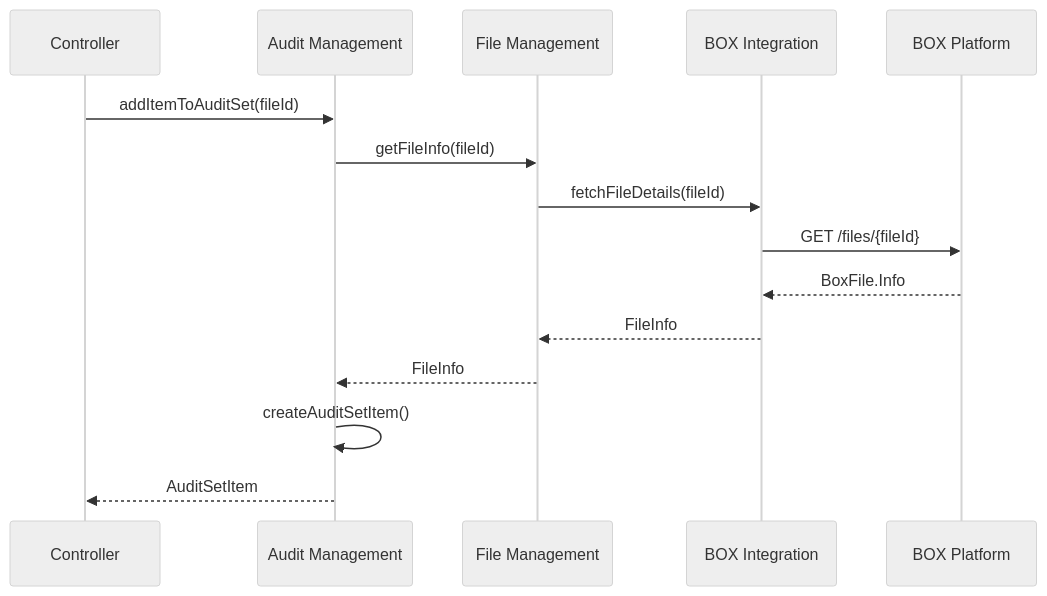
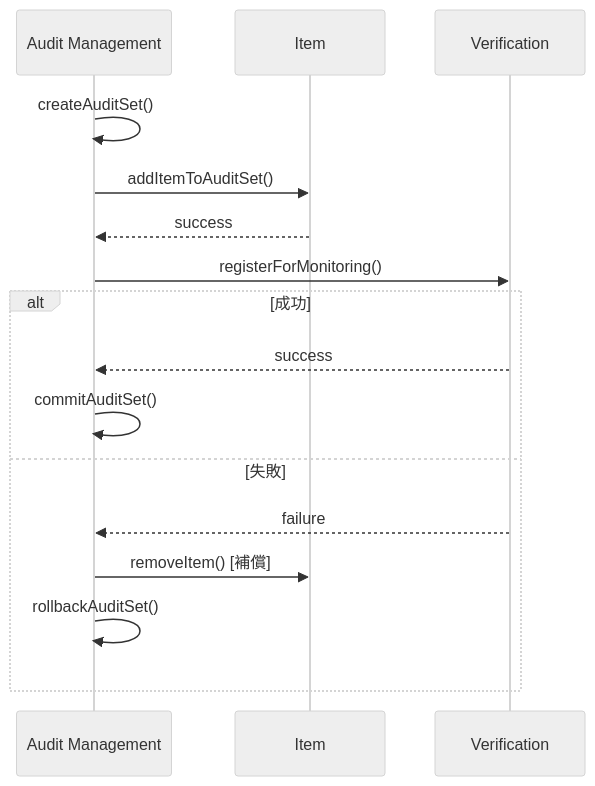
Before and after one commit to wfukatsu/refactoring-agent-for-claude-code: the eighth of 8 diagrams in reports/03_design/context-map.md, drawn with Mermaid (neutral theme). The commit also changed other lines of this file and 26 other files, not shown here.

````diff
--- a/reports/03_design/context-map.md
+++ b/reports/03_design/context-map.md
@@ -292,18 +321,20 @@
 ```mermaid
 sequenceDiagram
-    participant C as Controller
     participant AM as Audit Management
-    participant FM as File Management
-    participant BI as BOX Integration
-    participant BoxPlatform as BOX Platform
-
-    C->>AM: addItemToAuditSet(fileId)
-    AM->>FM: getFileInfo(fileId)
-    FM->>BI: fetchFileDetails(fileId)
-    BI->>BoxPlatform: GET /files/{fileId}
-    BoxPlatform-->>BI: BoxFile.Info
-    BI-->>FM: FileInfo
-    FM-->>AM: FileInfo
-    AM->>AM: createAuditSetItem()
-    AM-->>C: AuditSetItem
+    participant ITEM as Item
+    participant VER as Verification
+    
+    AM->>AM: createAuditSet()
+    AM->>ITEM: addItemToAuditSet()
+    ITEM-->>AM: success
+    AM->>VER: registerForMonitoring()
+    
+    alt 成功
+        VER-->>AM: success
+        AM->>AM: commitAuditSet()
+    else 失敗
+        VER-->>AM: failure
+        AM->>ITEM: removeItem() [補償]
+        AM->>AM: rollbackAuditSet()
+    end
 ```
````
